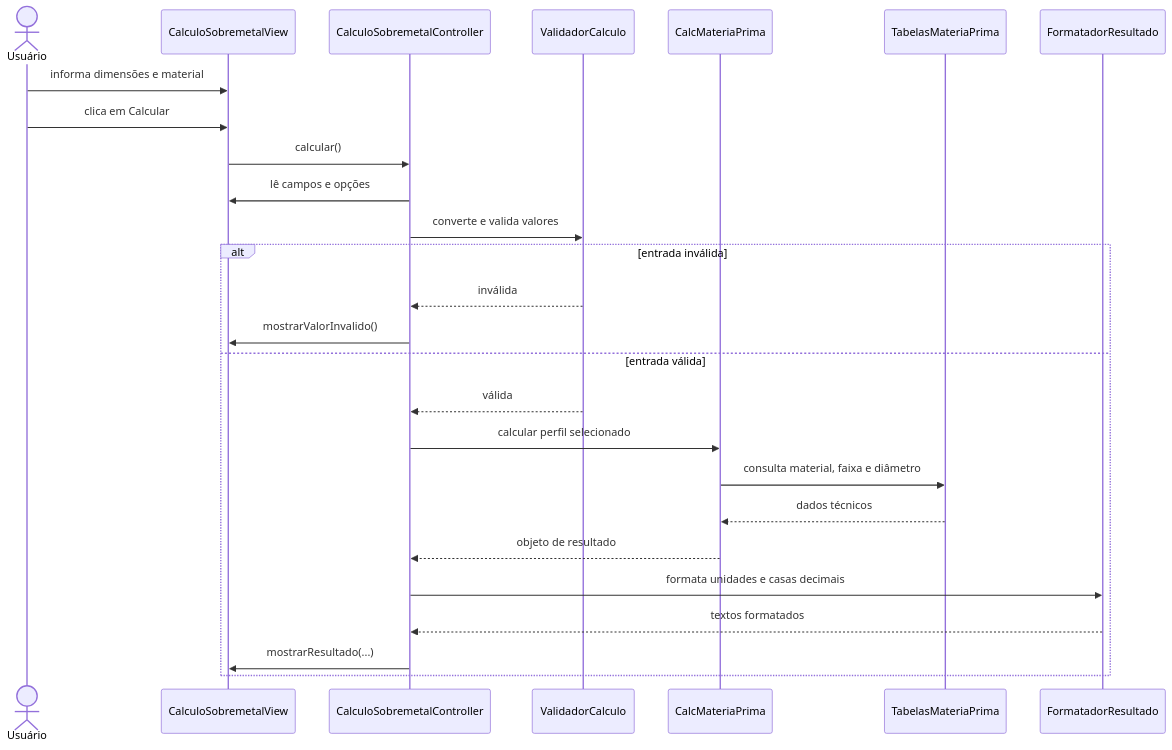
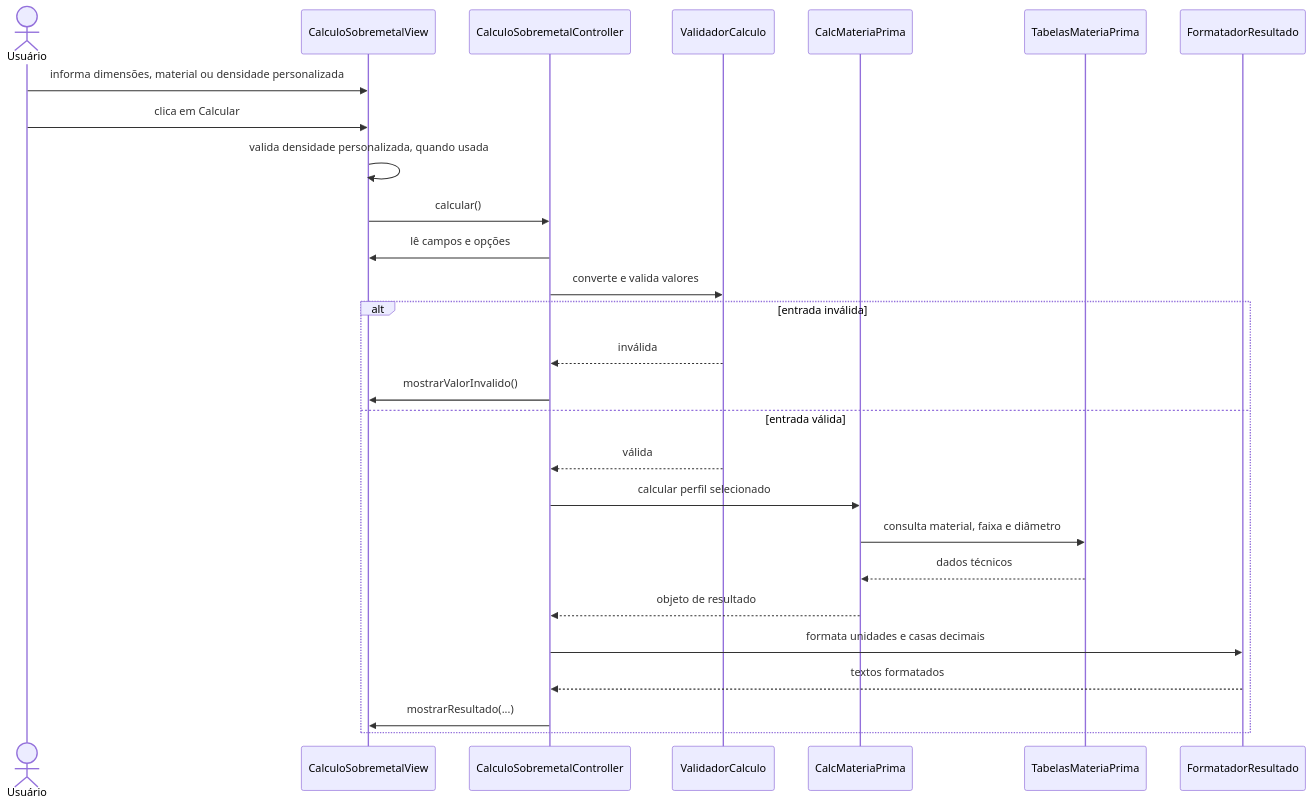
Before and after one commit to rafaelcpinto/MateriaPrima: the second of 3 diagrams in docs/arquitetura.md, drawn with Mermaid. The commit also changed other lines of this file and 11 other files, not shown here.

````diff
--- a/docs/arquitetura.md
+++ b/docs/arquitetura.md
@@ -112,30 +115,31 @@
 ```mermaid
 sequenceDiagram
     actor Usuario as Usuário
     participant View as CalculoSobremetalView
     participant Controller as CalculoSobremetalController
     participant Validator as ValidadorCalculo
     participant Model as CalcMateriaPrima
     participant Tables as TabelasMateriaPrima
     participant Formatter as FormatadorResultado
 
-    Usuario->>View: informa dimensões e material
+    Usuario->>View: informa dimensões, material ou densidade personalizada
     Usuario->>View: clica em Calcular
+    View->>View: valida densidade personalizada, quando usada
     View->>Controller: calcular()
     Controller->>View: lê campos e opções
     Controller->>Validator: converte e valida valores
 
     alt entrada inválida
         Validator-->>Controller: inválida
         Controller->>View: mostrarValorInvalido()
     else entrada válida
         Validator-->>Controller: válida
         Controller->>Model: calcular perfil selecionado
         Model->>Tables: consulta material, faixa e diâmetro
         Tables-->>Model: dados técnicos
         Model-->>Controller: objeto de resultado
         Controller->>Formatter: formata unidades e casas decimais
         Formatter-->>Controller: textos formatados
         Controller->>View: mostrarResultado(...)
     end
 ```
````
